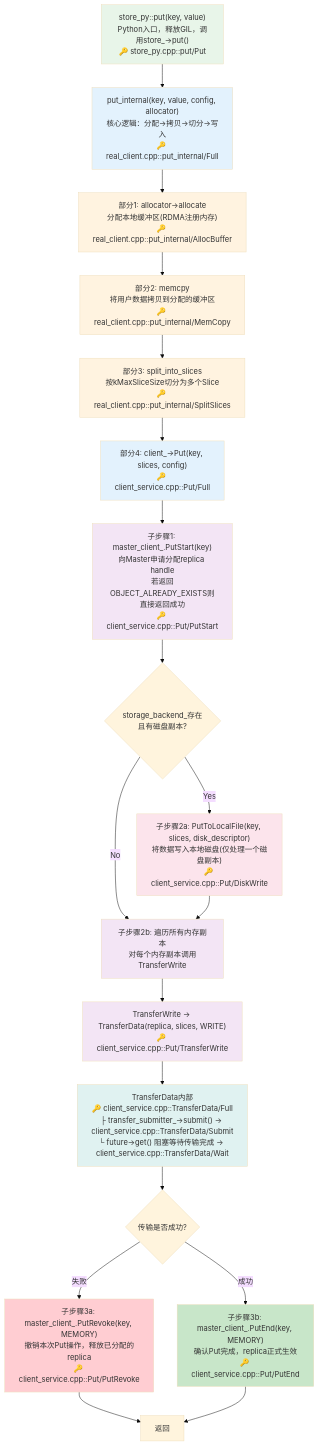
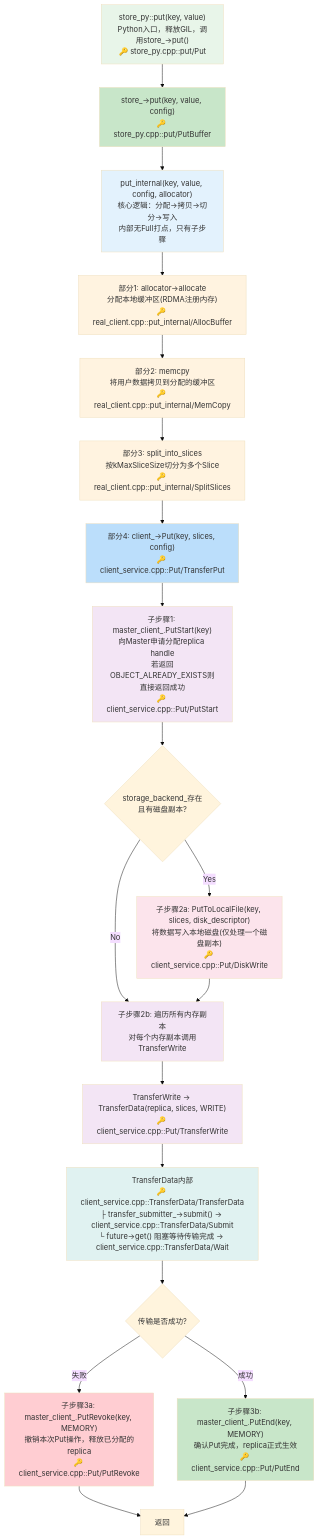
One commit to LinQuickDev/Mooncake changed the third of 4 diagrams in docs/yh/pipline.md. Above: the diagram before and after it, drawn with Mermaid (base theme). The commit also changed other lines of this file and 4 other files, not shown here.

````diff
--- a/docs/yh/pipline.md
+++ b/docs/yh/pipline.md
@@ -76,46 +93,49 @@
 ```mermaid
 flowchart TB
-    Start["store_py::put(key, value)<br/>Python入口，释放GIL，调用store_->put()<br/>🔑 store_py.cpp::put/Put"] --> Internal["put_internal(key, value, config, allocator)<br/>核心逻辑：分配→拷贝→切分→写入<br/>🔑 real_client.cpp::put_internal/Full"]
+    Start["store_py::put(key, value)<br/>Python入口，释放GIL，调用store_->put()<br/>🔑 store_py.cpp::put/Put"] --> PutCall["store_->put(key, value, config)<br/>🔑 store_py.cpp::put/PutBuffer"]
+
+    PutCall --> Internal["put_internal(key, value, config, allocator)<br/>核心逻辑：分配→拷贝→切分→写入<br/>内部无Full打点，只有子步骤"]
 
     Internal --> AllocPart["部分1: allocator->allocate<br/>分配本地缓冲区(RDMA注册内存)<br/>🔑 real_client.cpp::put_internal/AllocBuffer"]
     AllocPart --> CopyPart["部分2: memcpy<br/>将用户数据拷贝到分配的缓冲区<br/>🔑 real_client.cpp::put_internal/MemCopy"]
     CopyPart --> SplitPart["部分3: split_into_slices<br/>按kMaxSliceSize切分为多个Slice<br/>🔑 real_client.cpp::put_internal/SplitSlices"]
-    SplitPart --> ClientPutPart["部分4: client_->Put(key, slices, config)<br/>🔑 client_service.cpp::Put/Full"]
+    SplitPart --> ClientPutPart["部分4: client_->Put(key, slices, config)<br/>🔑 client_service.cpp::Put/TransferPut"]
 
     ClientPutPart --> PutStart["子步骤1: master_client_.PutStart(key)<br/>向Master申请分配replica handle<br/>若返回OBJECT_ALREADY_EXISTS则直接返回成功<br/>🔑 client_service.cpp::Put/PutStart"]
 
     PutStart --> CheckDisk{storage_backend_存在<br/>且有磁盘副本?}
 
     CheckDisk -->|Yes| DiskWrite["子步骤2a: PutToLocalFile(key, slices, disk_descriptor)<br/>将数据写入本地磁盘(仅处理一个磁盘副本)<br/>🔑 client_service.cpp::Put/DiskWrite"]
 
     CheckDisk -->|No| MemReplicaLoop["子步骤2b: 遍历所有内存副本<br/>对每个内存副本调用TransferWrite"]
 
     DiskWrite --> MemReplicaLoop
 
     MemReplicaLoop --> TransferWrite["TransferWrite → TransferData(replica, slices, WRITE)<br/>🔑 client_service.cpp::Put/TransferWrite"]
 
-    TransferWrite --> TransferDetail["TransferData内部<br/>🔑 client_service.cpp::TransferData/Full<br/>├ transfer_submitter_->submit() → client_service.cpp::TransferData/Submit<br/>└ future->get() 阻塞等待传输完成 → client_service.cpp::TransferData/Wait"]
+    TransferWrite --> TransferDetail["TransferData内部<br/>🔑 client_service.cpp::TransferData/TransferData<br/>├ transfer_submitter_->submit() → client_service.cpp::TransferData/Submit<br/>└ future->get() 阻塞等待传输完成 → client_service.cpp::TransferData/Wait"]
 
     TransferDetail --> CheckTransfer{传输是否成功?}
 
     CheckTransfer -->|失败| PutRevoke["子步骤3a: master_client_.PutRevoke(key, MEMORY)<br/>撤销本次Put操作，释放已分配的replica<br/>🔑 client_service.cpp::Put/PutRevoke"]
 
     CheckTransfer -->|成功| PutEnd["子步骤3b: master_client_.PutEnd(key, MEMORY)<br/>确认Put完成，replica正式生效<br/>🔑 client_service.cpp::Put/PutEnd"]
 
     PutRevoke --> Done["返回"]
     PutEnd --> Done
 
     style Start fill:#e8f5e9
+    style PutCall fill:#c8e6c9
     style Internal fill:#e3f2fd
     style AllocPart fill:#fff3e0
     style CopyPart fill:#fff3e0
     style SplitPart fill:#fff3e0
-    style ClientPutPart fill:#e3f2fd
+    style ClientPutPart fill:#bbdefb
     style PutStart fill:#f3e5f5
     style DiskWrite fill:#fce4ec
     style MemReplicaLoop fill:#f3e5f5
     style TransferWrite fill:#f3e5f5
     style TransferDetail fill:#e0f2f1
     style PutRevoke fill:#ffcdd2
     style PutEnd fill:#c8e6c9
 ```
````
